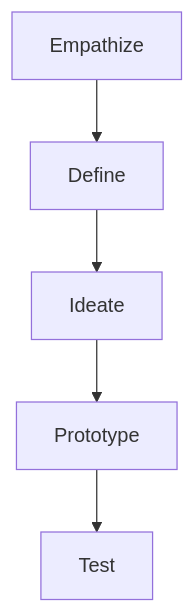
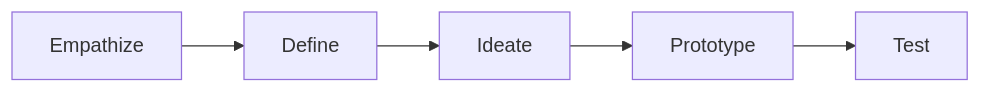
One commit to Standards-and-Practices/Structured-Rapid-Development changed the diagram in experiences/design/DesignThinking.md. Above: the diagram before and after it, drawn with Mermaid.

Commit message:
Update mermaid graph

````diff
--- a/experiences/design/DesignThinking.md
+++ b/experiences/design/DesignThinking.md
@@ -6,7 +6,7 @@
 ```mermaid
-  graph TD;
+  flowchart LR;
       Empathize-->Define;
       Define-->Ideate;
       Ideate-->Prototype;
       Prototype-->Test;
 ```
````
